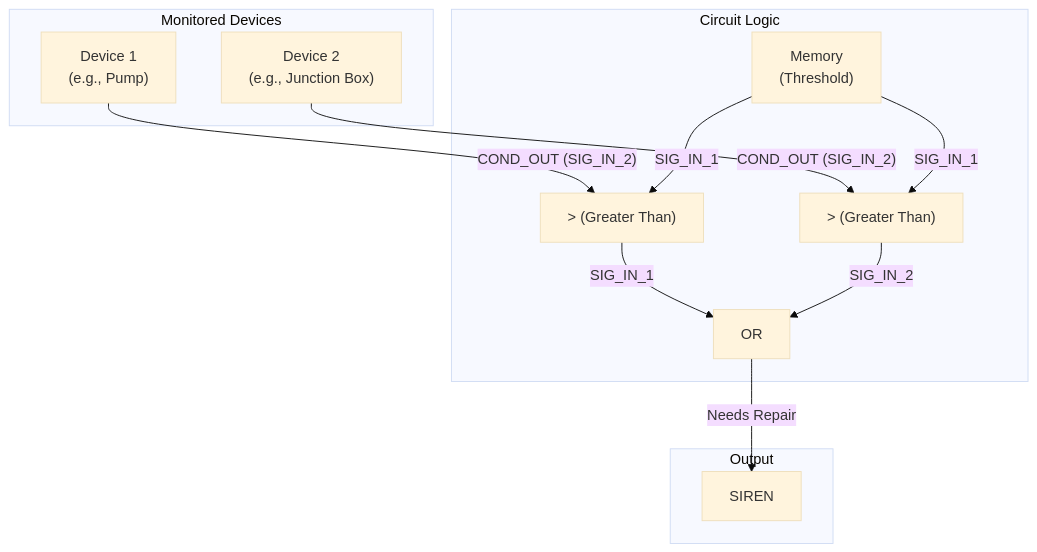
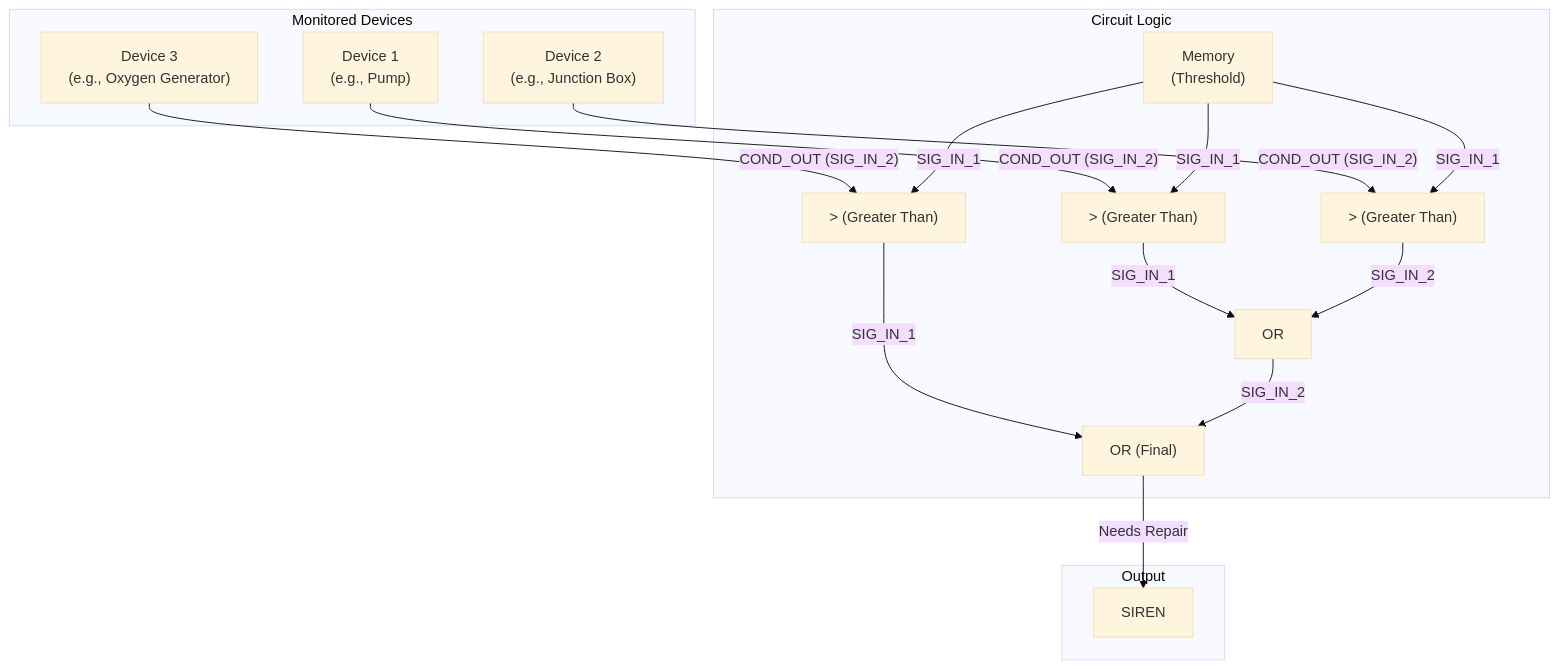
The diagram in summer_2k25_0/03-DevicesConditionAlert.md (Xavrax/barotrauma), drawn with Mermaid (base theme) before and after one commit. The commit also changed other lines of this file, not shown here.

````diff
--- a/summer_2k25_0/03-DevicesConditionAlert.md
+++ b/summer_2k25_0/03-DevicesConditionAlert.md
@@ -42,31 +42,40 @@
 ```mermaid
 graph TD
     subgraph "Monitored Devices"
         DEV1["Device 1 <br> (e.g., Pump)"]
         DEV2["Device 2 <br> (e.g., Junction Box)"]
+        DEV3["Device 3 <br> (e.g., Oxygen Generator)"]
     end
 
     subgraph "Circuit Logic"
         MEM_THRESH["Memory <br> (Threshold)"]
         
         GT1["> (Greater Than)"]
         GT2["> (Greater Than)"]
+        GT3["> (Greater Than)"]
 
-        OR_FINAL["OR"]
+        OR1["OR"]
+        OR_FINAL["OR (Final)"]
     end
 
     subgraph "Output"
         ALARM["SIREN"]
     end
 
     DEV1 -- "COND_OUT (SIG_IN_2)" --> GT1
     MEM_THRESH -- "SIG_IN_1" --> GT1
 
     DEV2 -- "COND_OUT (SIG_IN_2)" --> GT2
     MEM_THRESH -- "SIG_IN_1" --> GT2
 
-    GT1 -- "SIG_IN_1" --> OR_FINAL
-    GT2 -- "SIG_IN_2" --> OR_FINAL
+    DEV3 -- "COND_OUT (SIG_IN_2)" --> GT3
+    MEM_THRESH -- "SIG_IN_1" --> GT3
+
+    GT1 -- "SIG_IN_1" --> OR1
+    GT2 -- "SIG_IN_2" --> OR1
+
+    GT3 -- "SIG_IN_1" --> OR_FINAL
+    OR1 -- "SIG_IN_2" --> OR_FINAL
 
     OR_FINAL -- "Needs Repair" --> ALARM
 ```
````
